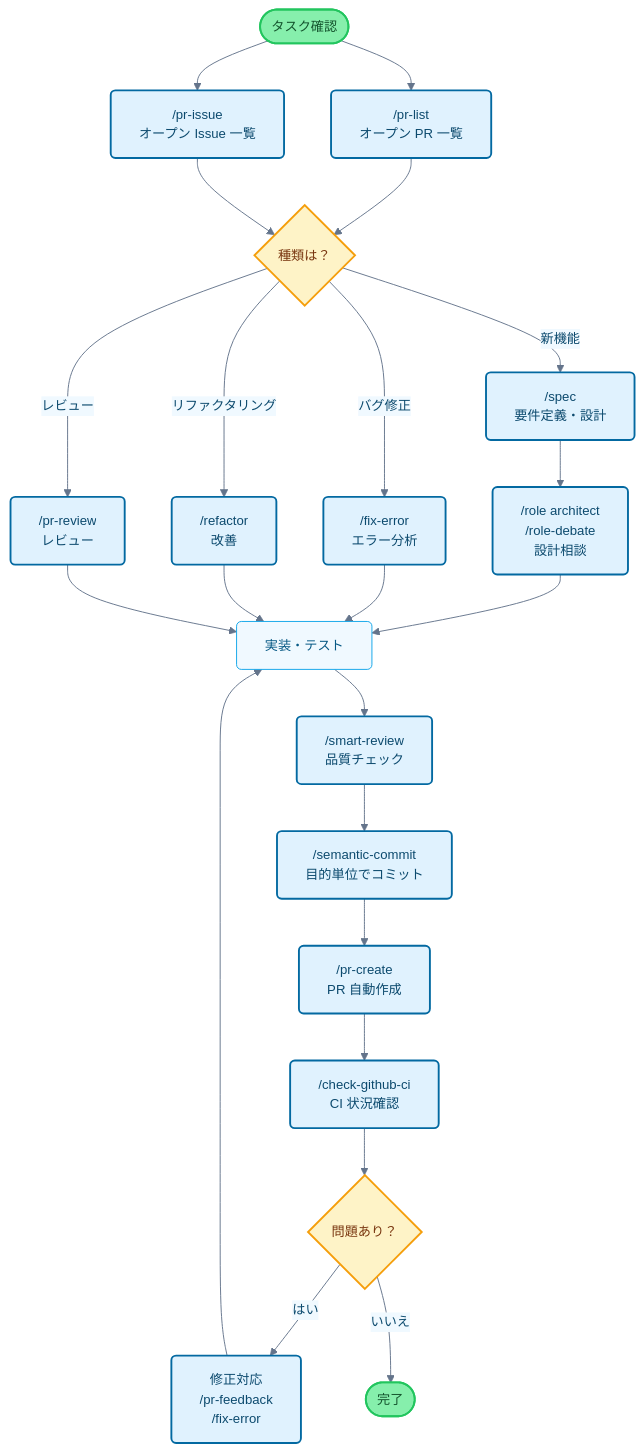
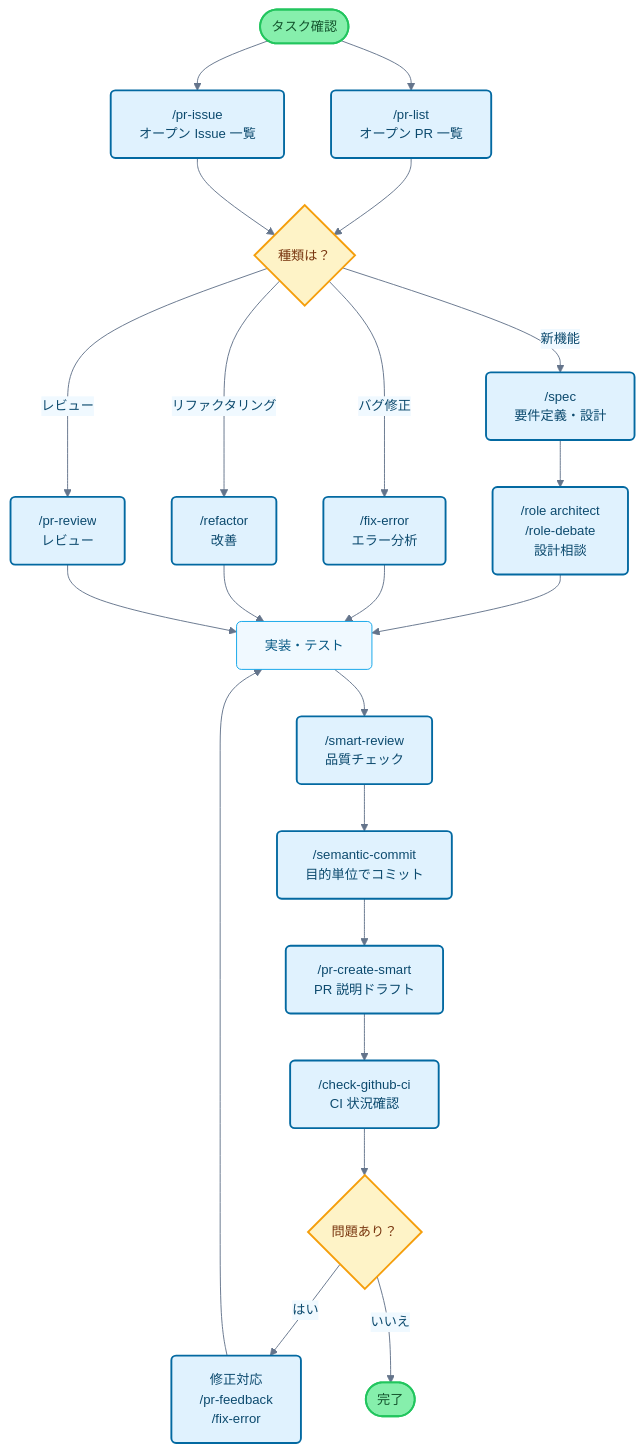
One commit to foreveryh/claude-code-cookbook changed the diagram in README_ja.md. Above: the diagram before and after it, drawn with Mermaid. The commit also changed 5 other files, not shown here.

Commit message:
docs: add full Japanese team workflow guide; update README flowcharts to /pr-create-smart; note deprecation of /pr-create in CHANGELOG

````diff
--- a/README_ja.md
+++ b/README_ja.md
@@ -129,42 +129,42 @@
 ```mermaid
 flowchart TB
     Start([タスク確認]) --> PRList["/pr-list<br/>オープン PR 一覧"]
     Start --> PRIssue["/pr-issue<br/>オープン Issue 一覧"]
 
     PRList --> TaskType{種類は？}
     PRIssue --> TaskType
 
     TaskType -->|新機能| Plan["/spec<br/>要件定義・設計"]
     TaskType -->|バグ修正| Fix["/fix-error<br/>エラー分析"]
     TaskType -->|リファクタリング| Refactor["/refactor<br/>改善"]
     TaskType -->|レビュー| Review["/pr-review<br/>レビュー"]
 
     Plan --> Design["/role architect<br/>/role-debate<br/>設計相談"]
     Design --> Implementation[実装・テスト]
     Fix --> Implementation
     Refactor --> Implementation
     Review --> Implementation
 
     Implementation --> Check["/smart-review<br/>品質チェック"]
     Check --> Commit["/semantic-commit<br/>目的単位でコミット"]
-    Commit --> PR["/pr-create<br/>PR 自動作成"]
+    Commit --> PR["/pr-create-smart<br/>PR 説明ドラフト"]
     PR --> CI["/check-github-ci<br/>CI 状況確認"]
 
     CI --> Status{問題あり？}
     Status -->|はい| Feedback["修正対応<br/>/pr-feedback<br/>/fix-error"]
     Status -->|いいえ| End([完了])
 
     Feedback --> Implementation
 
     classDef commandBox fill:#e0f2fe,stroke:#0369a1,stroke-width:2px,rx:5,ry:5,color:#0c4a6e
     classDef processBox fill:#f0f9ff,stroke:#0ea5e9,stroke-width:1px,rx:5,ry:5,color:#075985
     classDef decisionBox fill:#fef3c7,stroke:#f59e0b,stroke-width:2px,rx:5,ry:5,color:#78350f
     classDef startEnd fill:#86efac,stroke:#22c55e,stroke-width:2px,rx:20,ry:20,color:#14532d
 
     class PRList,PRIssue,Plan,Fix,Refactor,Review,Design,Check,CI,Commit,PR,Feedback commandBox
     class Implementation processBox
     class TaskType,Status decisionBox
     class Start,End startEnd
 
     %%{init: {'theme':'base', 'themeVariables': { 'primaryColor':'#e0f2fe', 'primaryTextColor':'#0c4a6e', 'primaryBorderColor':'#0369a1', 'lineColor':'#64748b', 'secondaryColor':'#f0f9ff', 'background':'#ffffff', 'mainBkg':'#ffffff', 'fontSize': '14px'}}}%%
 ```
````
